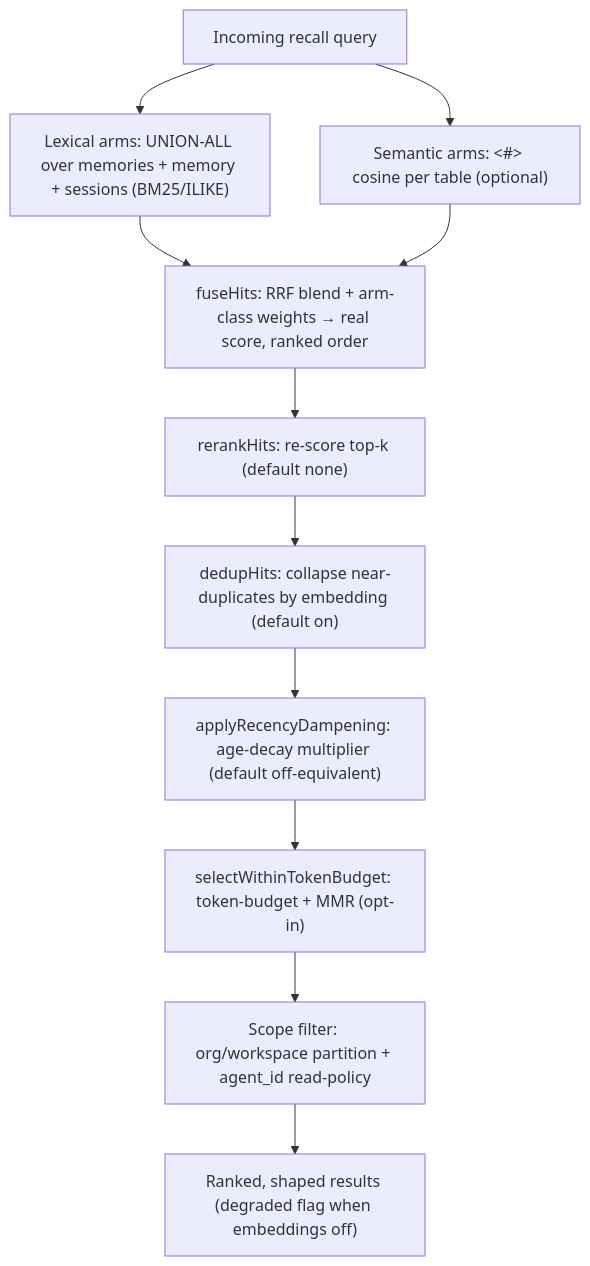
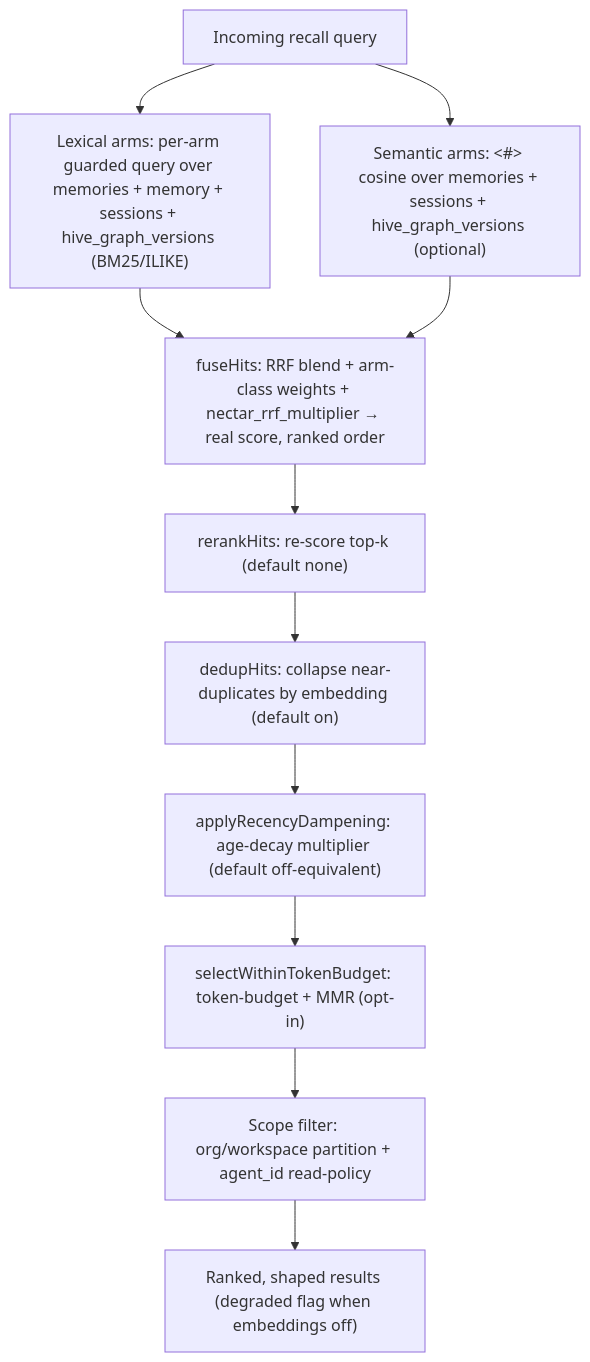
The diagram in library/knowledge/private/ai/retrieval.md (legioncodeinc/honeycomb), drawn with Mermaid before and after one commit. The commit also changed other lines of this file and 8 other files, not shown here.

````diff
--- a/library/knowledge/private/ai/retrieval.md
+++ b/library/knowledge/private/ai/retrieval.md
@@ -28,13 +28,13 @@
 ```mermaid
 flowchart TD
     query["Incoming recall query"] --> lexical
     query --> semantic
-    lexical["Lexical arms: UNION-ALL over memories + memory + sessions (BM25/ILIKE)"] --> fuse
-    semantic["Semantic arms: &lt;#&gt; cosine per table (optional)"] --> fuse
-    fuse["fuseHits: RRF blend + arm-class weights → real score, ranked order"] --> rerank
+    lexical["Lexical arms: per-arm guarded query over memories + memory + sessions + hive_graph_versions (BM25/ILIKE)"] --> fuse
+    semantic["Semantic arms: &lt;#&gt; cosine over memories + sessions + hive_graph_versions (optional)"] --> fuse
+    fuse["fuseHits: RRF blend + arm-class weights + nectar_rrf_multiplier → real score, ranked order"] --> rerank
     rerank["rerankHits: re-score top-k (default none)"] --> dedup
     dedup["dedupHits: collapse near-duplicates by embedding (default on)"] --> recency
     recency["applyRecencyDampening: age-decay multiplier (default off-equivalent)"] --> assemble
     assemble["selectWithinTokenBudget: token-budget + MMR (opt-in)"] --> scope
     scope["Scope filter: org/workspace partition + agent_id read-policy"] --> out["Ranked, shaped results (degraded flag when embeddings off)"]
 ```
````
